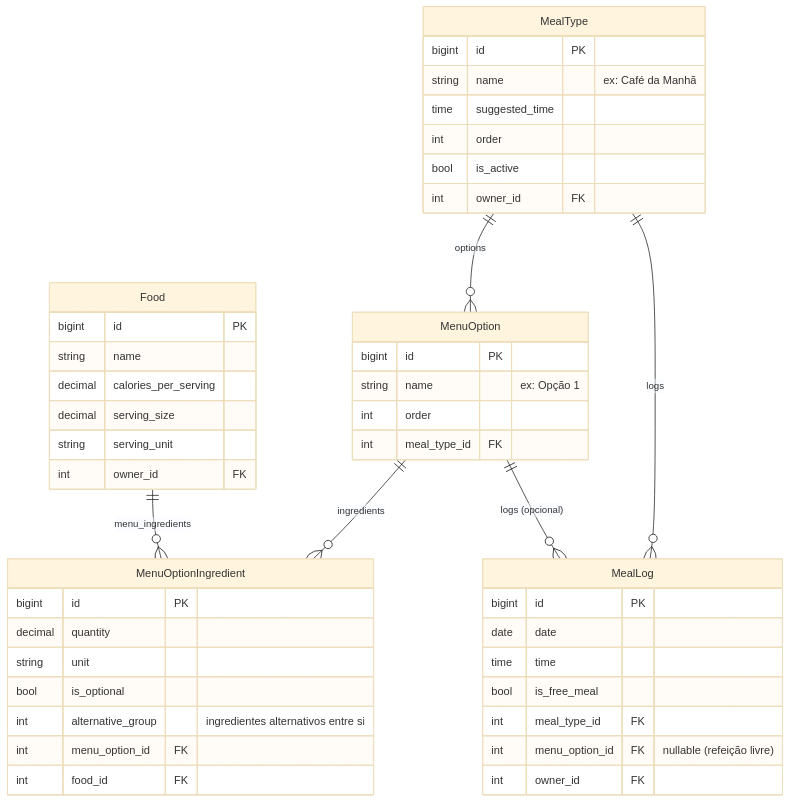
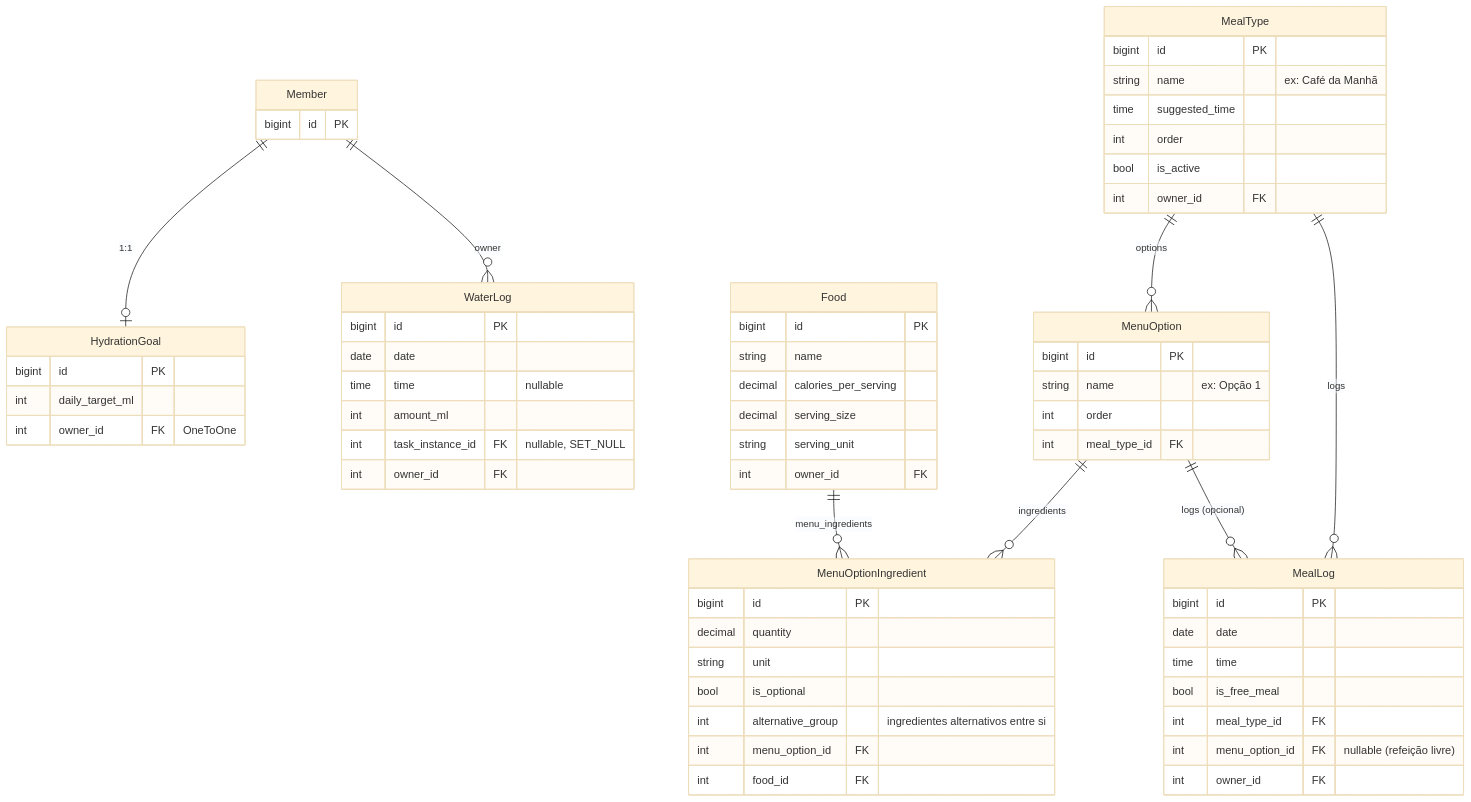
One commit to tarcisioribeiro/Axiom changed diagram 16 of 26 in documentation/architecture/diagrams.md. Above: the diagram before and after it, drawn with Mermaid (base theme). The commit also changed other lines of this file and 35 other files, not shown here.

````diff
--- a/documentation/architecture/diagrams.md
+++ b/documentation/architecture/diagrams.md
@@ -1390,53 +1413,74 @@
 ```mermaid
 erDiagram
+    Member {
+        bigint id PK
+    }
+
+    HydrationGoal {
+        bigint id PK
+        int daily_target_ml
+        int owner_id FK "OneToOne"
+    }
+
+    WaterLog {
+        bigint id PK
+        date date
+        time time "nullable"
+        int amount_ml
+        int task_instance_id FK "nullable, SET_NULL"
+        int owner_id FK
+    }
+
     Food {
         bigint id PK
         string name
         decimal calories_per_serving
         decimal serving_size
         string serving_unit
         int owner_id FK
     }
 
     MealType {
         bigint id PK
         string name "ex: Café da Manhã"
         time suggested_time
         int order
         bool is_active
         int owner_id FK
     }
 
     MenuOption {
         bigint id PK
         string name "ex: Opção 1"
         int order
         int meal_type_id FK
     }
 
     MenuOptionIngredient {
         bigint id PK
         decimal quantity
         string unit
         bool is_optional
         int alternative_group "ingredientes alternativos entre si"
         int menu_option_id FK
         int food_id FK
     }
 
     MealLog {
         bigint id PK
         date date
         time time
         bool is_free_meal
         int meal_type_id FK
         int menu_option_id FK "nullable (refeição livre)"
         int owner_id FK
     }
 
     MealType ||--o{ MenuOption : "options"
     MenuOption ||--o{ MenuOptionIngredient : "ingredients"
     Food ||--o{ MenuOptionIngredient : "menu_ingredients"
     MealType ||--o{ MealLog : "logs"
     MenuOption ||--o{ MealLog : "logs (opcional)"
+    Member ||--o| HydrationGoal : "1:1"
+    Member ||--o{ WaterLog : owner
 ```
````
